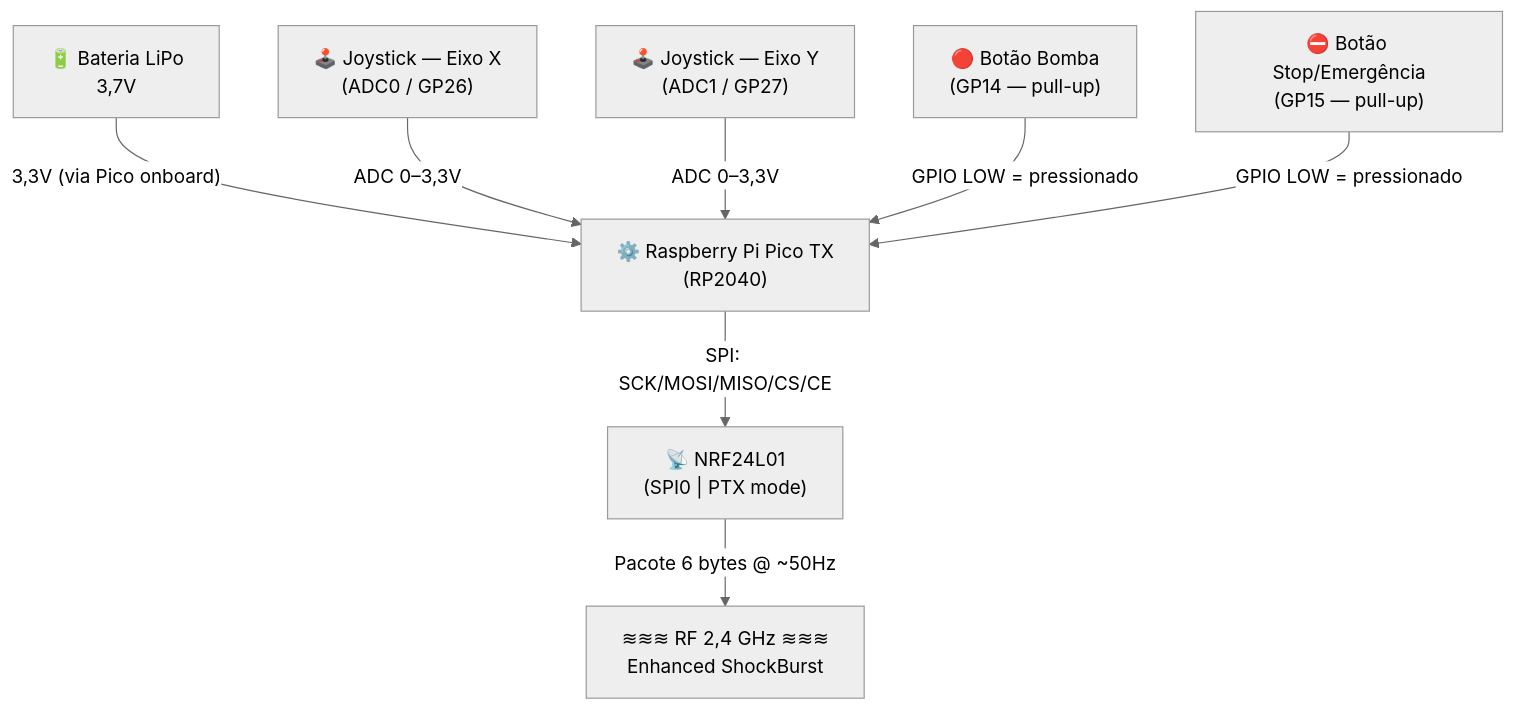
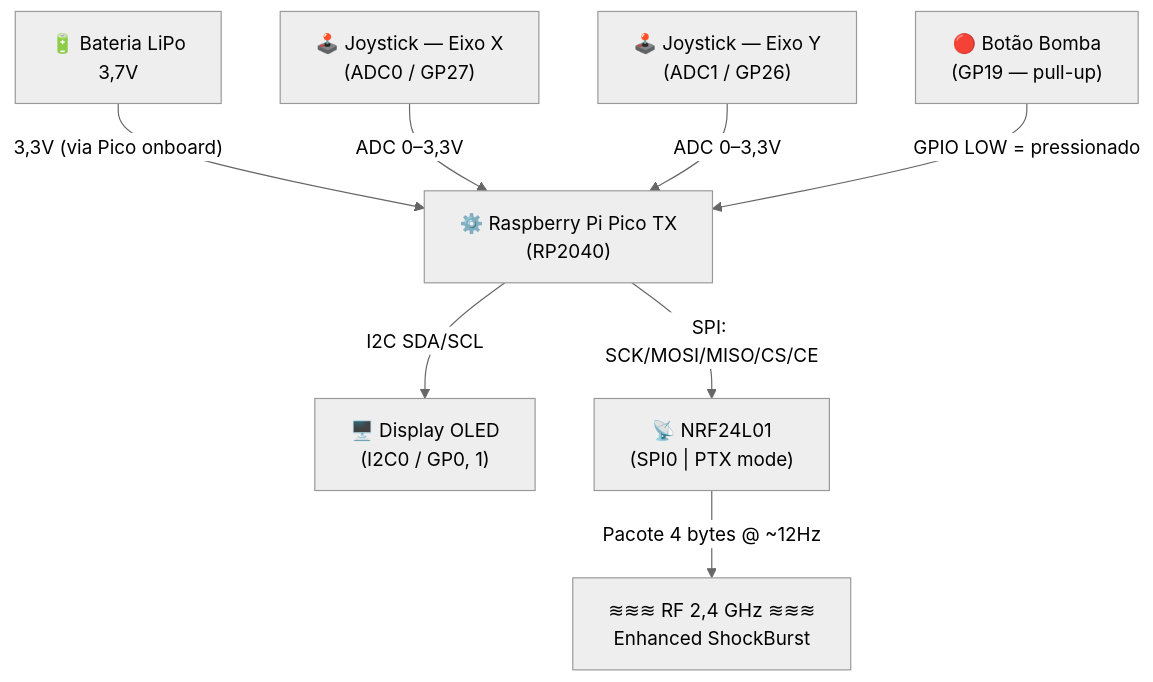
Before and after one commit to FFCfelps1/EEN251_Projeto_Semestral-Carro_bombeiro-: the first of 3 diagrams in docs/diagrama_blocos.md, drawn with Mermaid (neutral theme). The commit also changed other lines of this file and 29 other files, not shown here.

````diff
--- a/docs/diagrama_blocos.md
+++ b/docs/diagrama_blocos.md
@@ -74,19 +70,19 @@
 ```mermaid
 graph TD
     BAT_TX["🔋 Bateria LiPo\n3,7V"]
     PICO_TX["⚙️ Raspberry Pi Pico TX\n(RP2040)"]
-    JOY_X["🕹️ Joystick — Eixo X\n(ADC0 / GP26)"]
-    JOY_Y["🕹️ Joystick — Eixo Y\n(ADC1 / GP27)"]
-    BTN1["🔴 Botão Bomba\n(GP14 — pull-up)"]
-    BTN2["⛔ Botão Stop/Emergência\n(GP15 — pull-up)"]
+    JOY_X["🕹️ Joystick — Eixo X\n(ADC0 / GP27)"]
+    JOY_Y["🕹️ Joystick — Eixo Y\n(ADC1 / GP26)"]
+    BTN1["🔴 Botão Bomba\n(GP19 — pull-up)"]
+    OLED["🖥️ Display OLED\n(I2C0 / GP0, 1)"]
     NRF_TX["📡 NRF24L01\n(SPI0 | PTX mode)"]
     RF["≋≋≋ RF 2,4 GHz ≋≋≋\nEnhanced ShockBurst"]
 
     BAT_TX -->|"3,3V (via Pico onboard)"| PICO_TX
     JOY_X -->|"ADC 0–3,3V"| PICO_TX
     JOY_Y -->|"ADC 0–3,3V"| PICO_TX
     BTN1 -->|"GPIO LOW = pressionado"| PICO_TX
-    BTN2 -->|"GPIO LOW = pressionado"| PICO_TX
+    PICO_TX -->|"I2C SDA/SCL"| OLED
     PICO_TX -->|"SPI: SCK/MOSI/MISO/CS/CE"| NRF_TX
-    NRF_TX -->|"Pacote 6 bytes @ ~50Hz"| RF
+    NRF_TX -->|"Pacote 4 bytes @ ~12Hz"| RF
 ```
````
